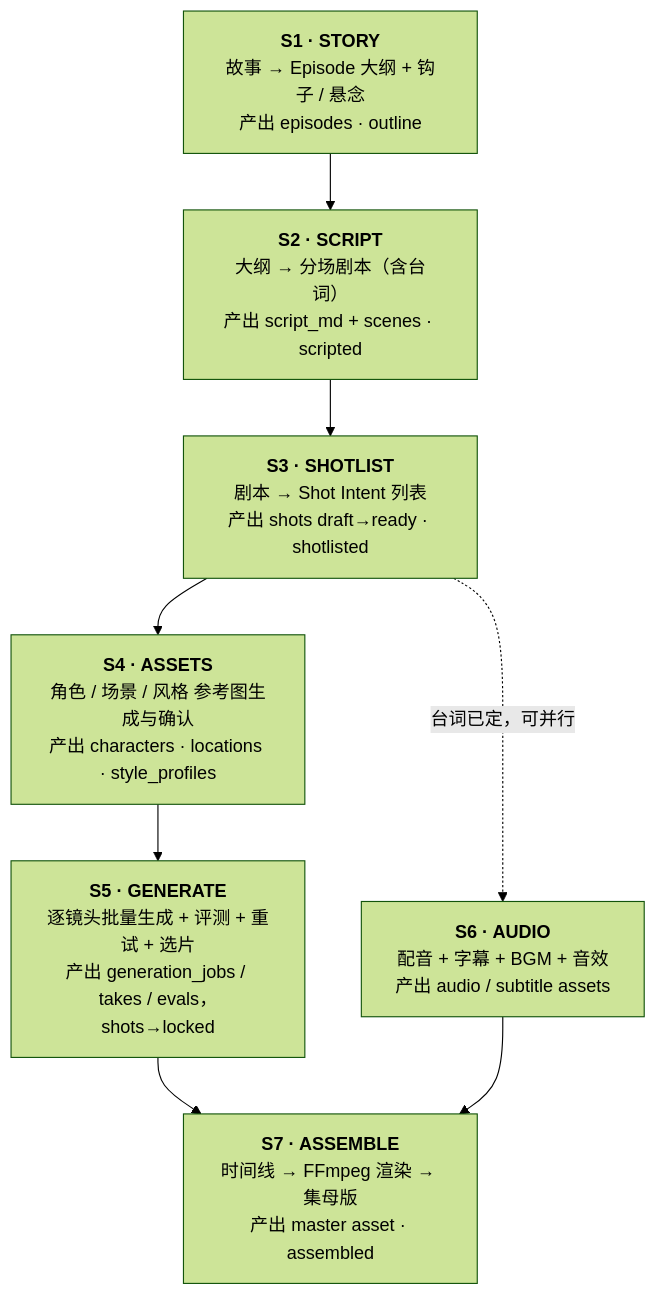
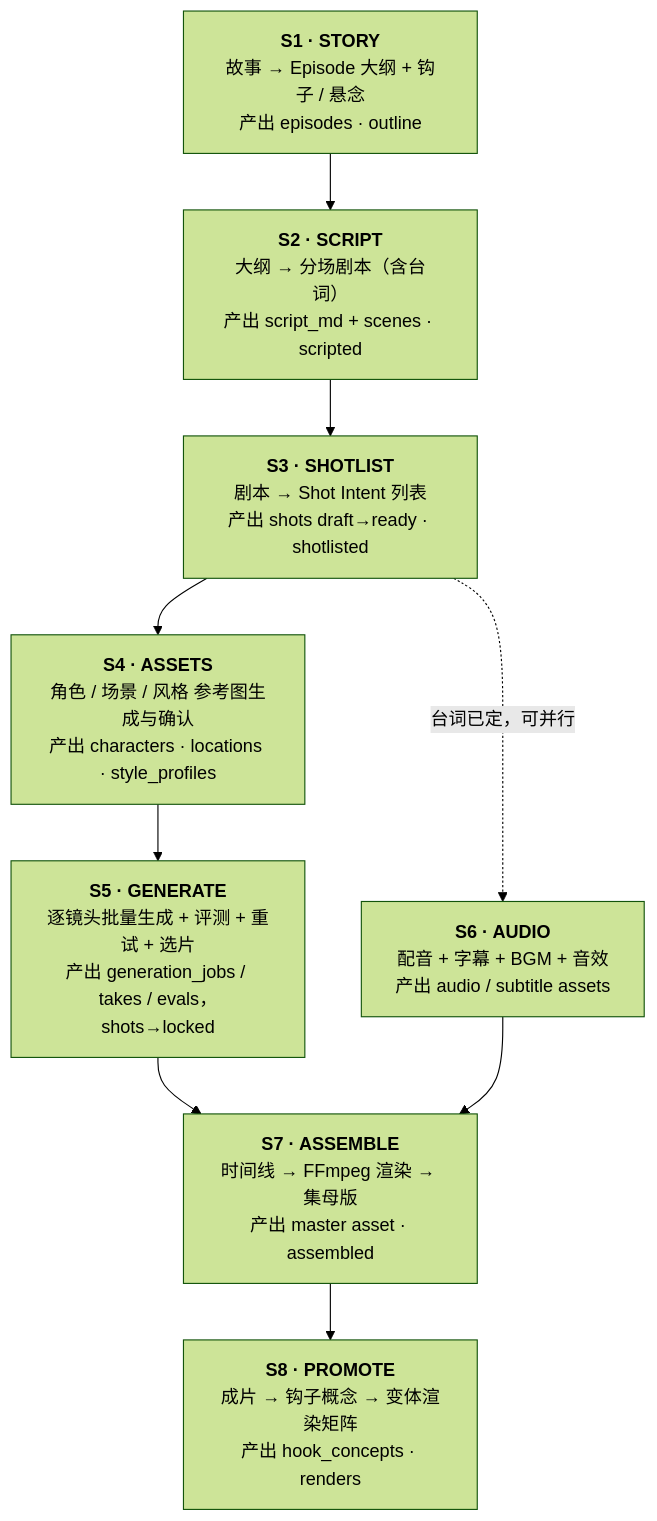
Before and after one commit to JasonZQH/AI-Drama-NA: the first of 2 diagrams in docs/_src/03-pipeline.md, drawn with Mermaid (forest theme). The commit also changed other lines of this file and 35 other files, not shown here.

````diff
--- a/docs/_src/03-pipeline.md
+++ b/docs/_src/03-pipeline.md
@@ -9,13 +9,15 @@
 ```mermaid
 flowchart TD
     S1["<b>S1 · STORY</b><br/>故事 → Episode 大纲 + 钩子 / 悬念<br/>产出 episodes · outline"]
     S2["<b>S2 · SCRIPT</b><br/>大纲 → 分场剧本（含台词）<br/>产出 script_md + scenes · scripted"]
     S3["<b>S3 · SHOTLIST</b><br/>剧本 → Shot Intent 列表<br/>产出 shots draft→ready · shotlisted"]
     S4["<b>S4 · ASSETS</b><br/>角色 / 场景 / 风格 参考图生成与确认<br/>产出 characters · locations · style_profiles"]
     S5["<b>S5 · GENERATE</b><br/>逐镜头批量生成 + 评测 + 重试 + 选片<br/>产出 generation_jobs / takes / evals，shots→locked"]
     S6["<b>S6 · AUDIO</b><br/>配音 + 字幕 + BGM + 音效<br/>产出 audio / subtitle assets"]
     S7["<b>S7 · ASSEMBLE</b><br/>时间线 → FFmpeg 渲染 → 集母版<br/>产出 master asset · assembled"]
+    S8["<b>S8 · PROMOTE</b><br/>成片 → 钩子概念 → 变体渲染矩阵<br/>产出 hook_concepts · renders"]
     S1 --> S2 --> S3 --> S4 --> S5 --> S7
     S3 -. "台词已定，可并行" .-> S6
     S6 --> S7
+    S7 --> S8
 ```
````
